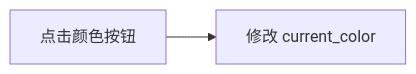
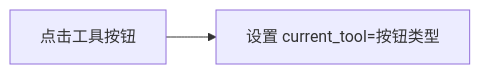
One commit to buaa23371212/ThePainter changed the fourth of 6 diagrams in transcriber/docs/流程图.md. Above: the diagram before and after it, drawn with Mermaid. The commit also changed other lines of this file and 1 other file, not shown here.

````diff
--- a/transcriber/docs/流程图.md
+++ b/transcriber/docs/流程图.md
@@ -47,4 +57,4 @@
 ```mermaid
 graph LR
-    A[点击颜色按钮] --> B[修改 current_color]
+    A[点击工具按钮] --> B[设置 current_tool=按钮类型]
 ```
````
